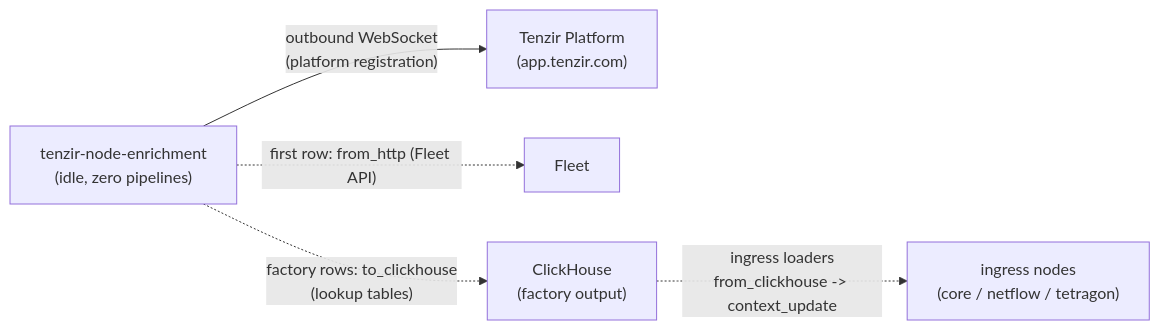
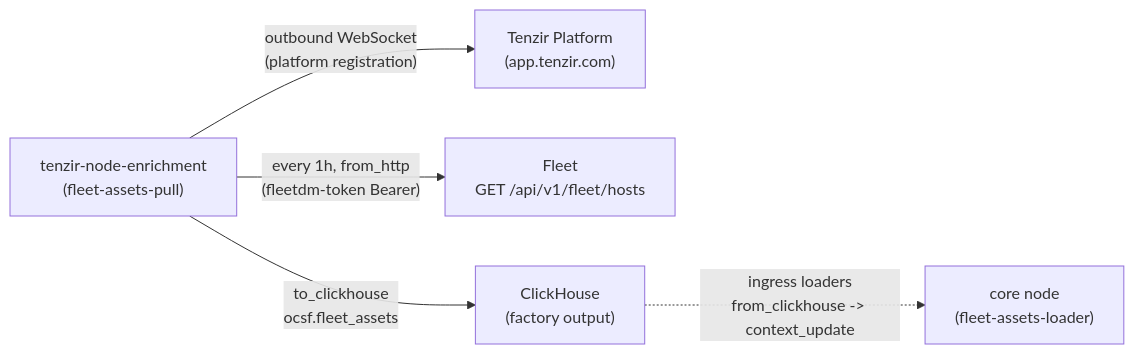
One commit to Apocrathia/homelab changed the diagram in flux/manifests/04-apps/security/tenzir/nodes/enrichment/README.md. Above: the diagram before and after it, drawn with Mermaid. The commit also changed other lines of this file and 15 other files, not shown here.

````diff
--- a/flux/manifests/04-apps/security/tenzir/nodes/enrichment/README.md
+++ b/flux/manifests/04-apps/security/tenzir/nodes/enrichment/README.md
@@ -65,7 +72,7 @@
 ```mermaid
 flowchart LR
-    EN["tenzir-node-enrichment<br/>(idle, zero pipelines)"] -->|"outbound WebSocket<br/>(platform registration)"| PLAT["Tenzir Platform<br/>(app.tenzir.com)"]
-    EN -.->|"first row: from_http (Fleet API)"| FLEET["Fleet"]
-    EN -.->|"factory rows: to_clickhouse<br/>(lookup tables)"| CH["ClickHouse<br/>(factory output)"]
-    CH -.->|"ingress loaders<br/>from_clickhouse -> context_update"| ING["ingress nodes<br/>(core / netflow / tetragon)"]
+    EN["tenzir-node-enrichment<br/>(fleet-assets-pull)"] -->|"outbound WebSocket<br/>(platform registration)"| PLAT["Tenzir Platform<br/>(app.tenzir.com)"]
+    EN -->|"every 1h, from_http<br/>(fleetdm-token Bearer)"| FLEET["Fleet<br/>GET /api/v1/fleet/hosts"]
+    EN -->|"to_clickhouse<br/>ocsf.fleet_assets"| CH["ClickHouse<br/>(factory output)"]
+    CH -.->|"ingress loaders<br/>from_clickhouse -> context_update"| ING["core node<br/>(fleet-assets-loader)"]
 ```
````
